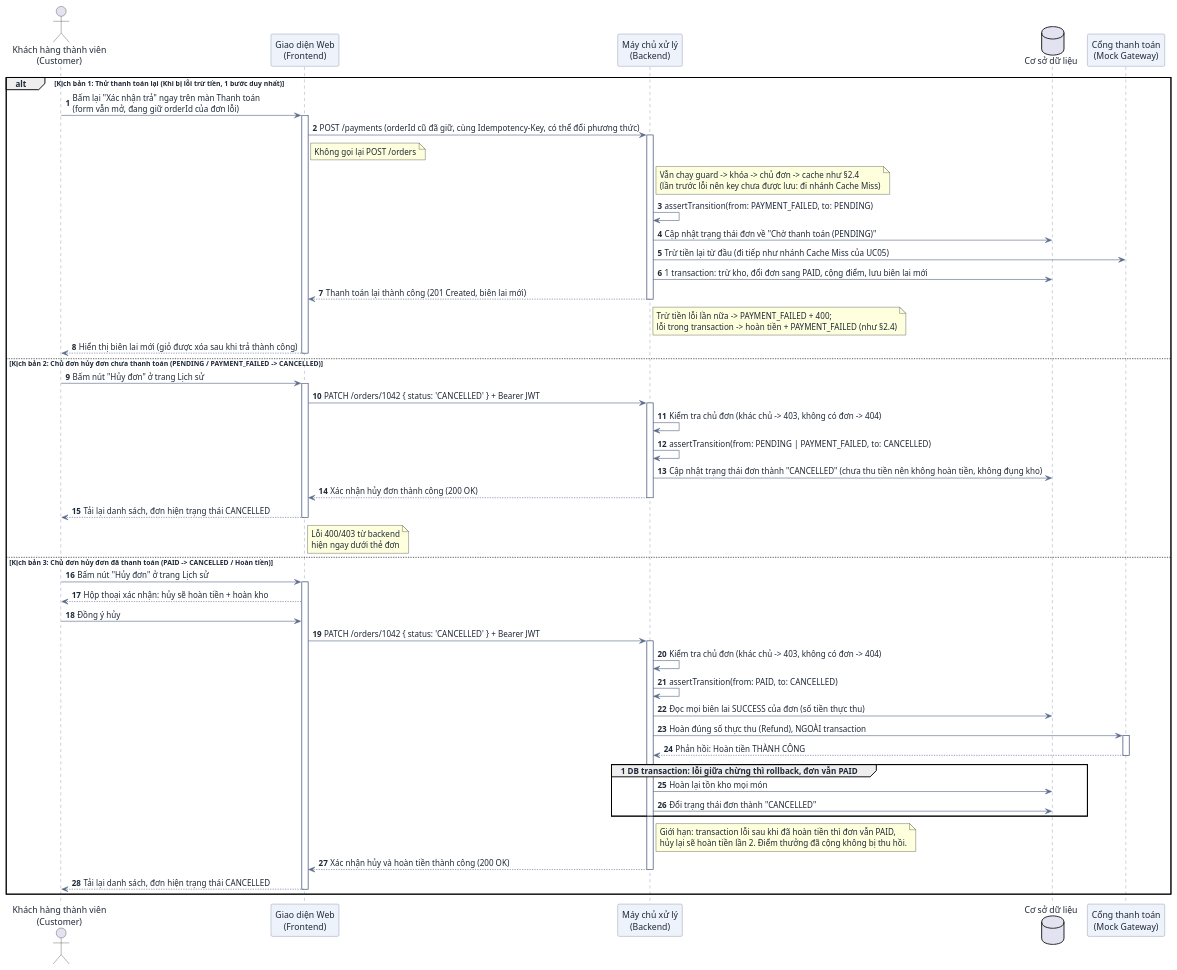
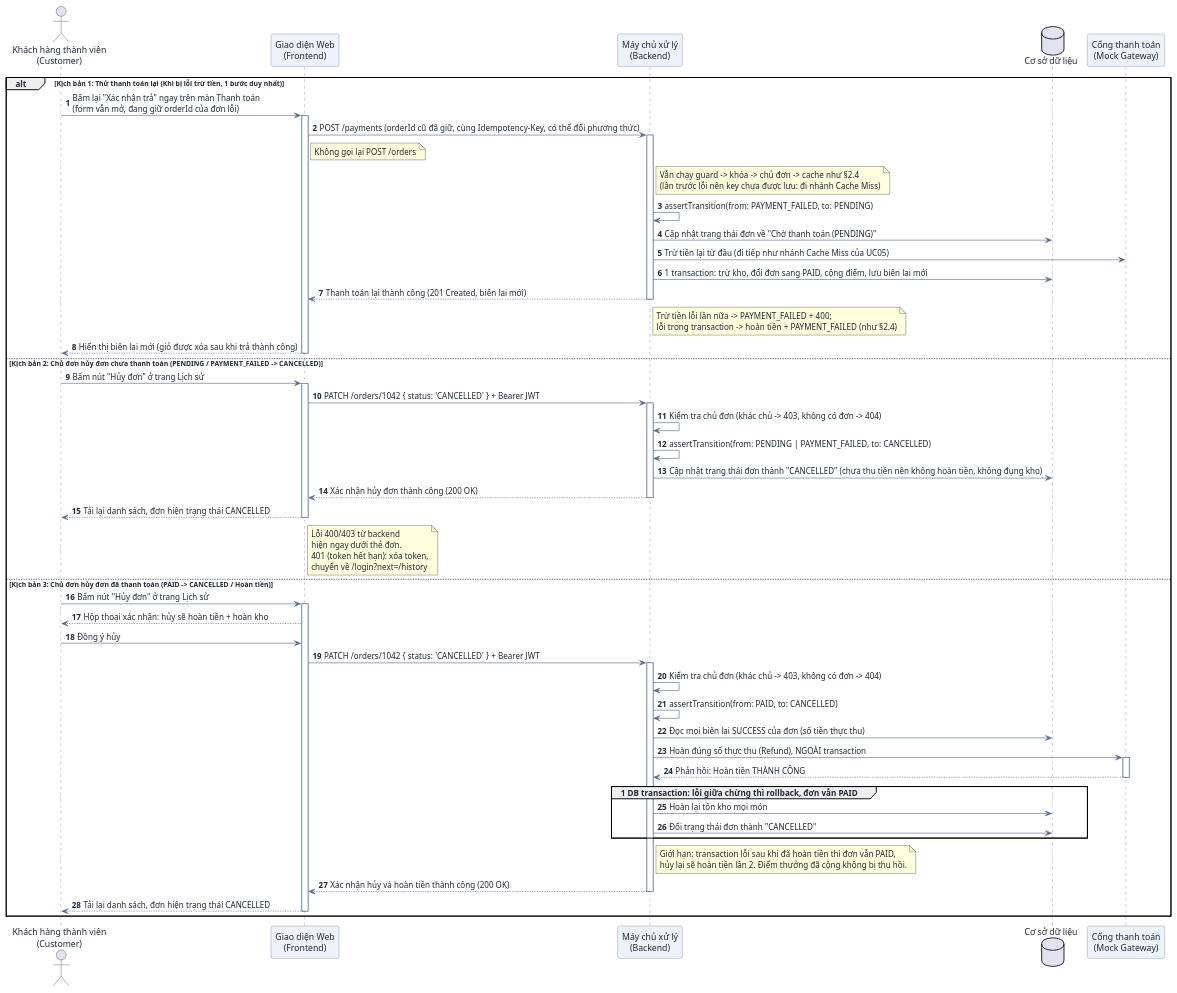
Before and after one commit to DuVinhLoi/BrewLite: the fifth of 9 diagrams in docs/user-sequence-specifications.md, drawn with PlantUML. The commit also changed other lines of this file and 62 other files, not shown here.

````diff
--- a/docs/user-sequence-specifications.md
+++ b/docs/user-sequence-specifications.md
@@ -515,72 +536,72 @@
 ```plantuml
 @startuml
 skinparam DefaultFontColor #1f2937
 skinparam ArrowColor #5b6b8c
 skinparam SequenceParticipantBackgroundColor #eef2fb
 skinparam SequenceParticipantBorderColor #5b6b8c
 skinparam SequenceLifeLineBorderColor #5b6b8c
 
 autonumber
 actor "Khách hàng thành viên\n(Customer)" as User
 participant "Giao diện Web\n(Frontend)" as FE
 participant "Máy chủ xử lý\n(Backend)" as BE
 database "Cơ sở dữ liệu" as DB
 participant "Cổng thanh toán\n(Mock Gateway)" as Gateway
 
 alt Kịch bản 1: Thử thanh toán lại (Khi bị lỗi trừ tiền, 1 bước duy nhất)
     User -> FE : Bấm lại "Xác nhận trả" ngay trên màn Thanh toán\n(form vẫn mở, đang giữ orderId của đơn lỗi)
     activate FE
     FE -> BE : POST /payments (orderId cũ đã giữ, cùng Idempotency-Key, có thể đổi phương thức)
     note right of FE : Không gọi lại POST /orders
     activate BE
     note right of BE : Vẫn chạy guard -> khóa -> chủ đơn -> cache như §2.4\n(lần trước lỗi nên key chưa được lưu: đi nhánh Cache Miss)
     BE -> BE : assertTransition(from: PAYMENT_FAILED, to: PENDING)
     BE -> DB : Cập nhật trạng thái đơn về "Chờ thanh toán (PENDING)"
     BE -> Gateway : Trừ tiền lại từ đầu (đi tiếp như nhánh Cache Miss của UC05)
     BE -> DB : 1 transaction: trừ kho, đổi đơn sang PAID, cộng điểm, lưu biên lai mới
     BE --> FE : Thanh toán lại thành công (201 Created, biên lai mới)
     note right of BE : Trừ tiền lỗi lần nữa -> PAYMENT_FAILED + 400;\nlỗi trong transaction -> hoàn tiền + PAYMENT_FAILED (như §2.4)
     deactivate BE
     FE --> User : Hiển thị biên lai mới (giỏ được xóa sau khi trả thành công)
     deactivate FE
 
 else Kịch bản 2: Chủ đơn hủy đơn chưa thanh toán (PENDING / PAYMENT_FAILED -> CANCELLED)
     User -> FE : Bấm nút "Hủy đơn" ở trang Lịch sử
     activate FE
     FE -> BE : PATCH /orders/1042 { status: 'CANCELLED' } + Bearer JWT
     activate BE
     BE -> BE : Kiểm tra chủ đơn (khác chủ -> 403, không có đơn -> 404)
     BE -> BE : assertTransition(from: PENDING | PAYMENT_FAILED, to: CANCELLED)
     BE -> DB : Cập nhật trạng thái đơn thành "CANCELLED" (chưa thu tiền nên không hoàn tiền, không đụng kho)
     BE --> FE : Xác nhận hủy đơn thành công (200 OK)
     deactivate BE
     FE --> User : Tải lại danh sách, đơn hiện trạng thái CANCELLED
-    note right of FE : Lỗi 400/403 từ backend\nhiện ngay dưới thẻ đơn
+    note right of FE : Lỗi 400/403 từ backend\nhiện ngay dưới thẻ đơn.\n401 (token hết hạn): xóa token,\nchuyển về /login?next=/history
     deactivate FE
 
 else Kịch bản 3: Chủ đơn hủy đơn đã thanh toán (PAID -> CANCELLED / Hoàn tiền)
     User -> FE : Bấm nút "Hủy đơn" ở trang Lịch sử
     activate FE
     FE --> User : Hộp thoại xác nhận: hủy sẽ hoàn tiền + hoàn kho
     User -> FE : Đồng ý hủy
     FE -> BE : PATCH /orders/1042 { status: 'CANCELLED' } + Bearer JWT
     activate BE
     BE -> BE : Kiểm tra chủ đơn (khác chủ -> 403, không có đơn -> 404)
     BE -> BE : assertTransition(from: PAID, to: CANCELLED)
     BE -> DB : Đọc mọi biên lai SUCCESS của đơn (số tiền thực thu)
     BE -> Gateway : Hoàn đúng số thực thu (Refund), NGOÀI transaction
     activate Gateway
     Gateway --> BE : Phản hồi: Hoàn tiền THÀNH CÔNG
     deactivate Gateway
     group 1 DB transaction: lỗi giữa chừng thì rollback, đơn vẫn PAID
         BE -> DB : Hoàn lại tồn kho mọi món
         BE -> DB : Đổi trạng thái đơn thành "CANCELLED"
     end
     note right of BE : Giới hạn: transaction lỗi sau khi đã hoàn tiền thì đơn vẫn PAID,\nhủy lại sẽ hoàn tiền lần 2. Điểm thưởng đã cộng không bị thu hồi.
     BE --> FE : Xác nhận hủy và hoàn tiền thành công (200 OK)
     deactivate BE
     FE --> User : Tải lại danh sách, đơn hiện trạng thái CANCELLED
     deactivate FE
 end
 @enduml
 ```
````
